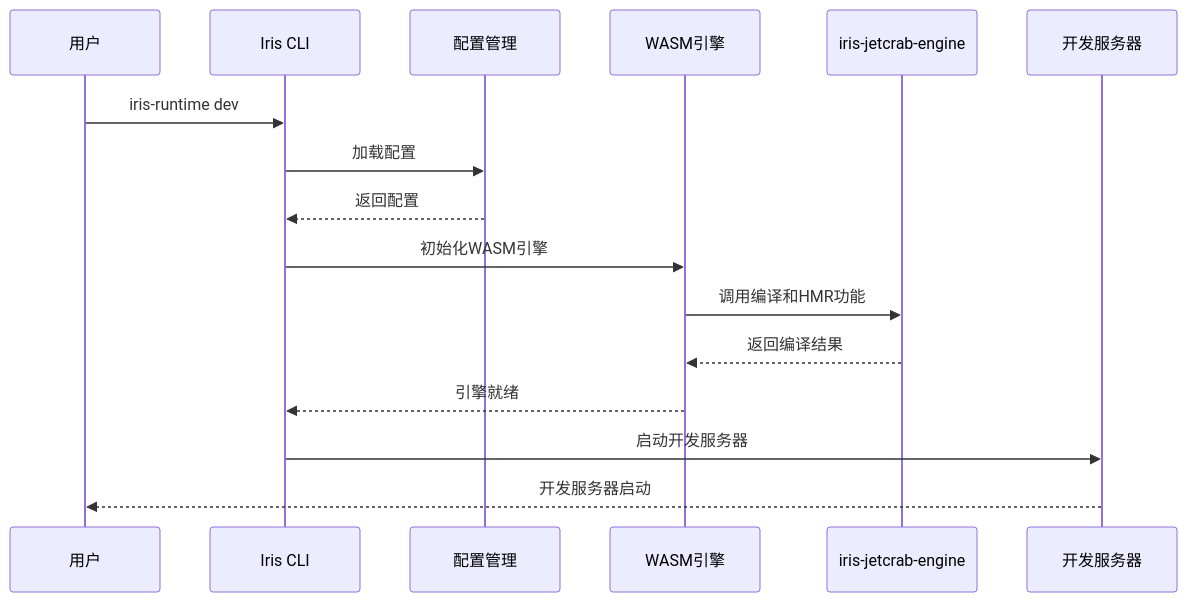
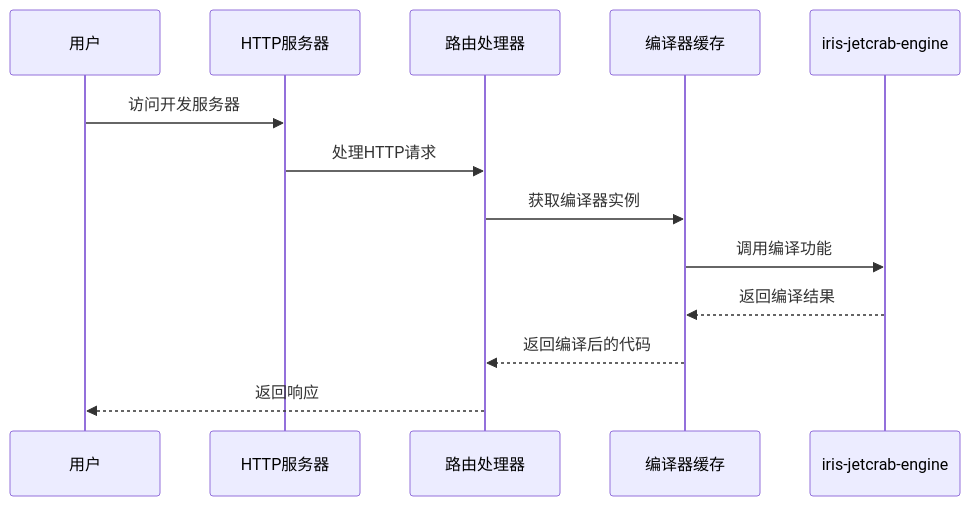
The fourth of 12 diagrams in .qoder/repowiki/zh/content/核心功能特性/工程化与商业化能力/测试框架与基础设施/Iris Runtime CLI工具.md (itszzl-sudo/iris), drawn with Mermaid before and after one commit. The commit also changed other lines of this file and 23 other files, not shown here.

````diff
--- a/.qoder/repowiki/zh/content/核心功能特性/工程化与商业化能力/测试框架与基础设施/Iris Runtime CLI工具.md
+++ b/.qoder/repowiki/zh/content/核心功能特性/工程化与商业化能力/测试框架与基础设施/Iris Runtime CLI工具.md
@@ -230,18 +169,15 @@
 ```mermaid
 sequenceDiagram
 participant User as 用户
-participant CLI as Iris CLI
-participant Config as 配置管理
-participant WASMEngine as WASM引擎
-participant JetCrabEngine as iris-jetcrab-engine
-participant DevServer as 开发服务器
-User->>CLI : iris-runtime dev
-CLI->>Config : 加载配置
-Config-->>CLI : 返回配置
-CLI->>WASMEngine : 初始化WASM引擎
-WASMEngine->>JetCrabEngine : 调用编译和HMR功能
-JetCrabEngine-->>WASMEngine : 返回编译结果
-WASMEngine-->>CLI : 引擎就绪
-CLI->>DevServer : 启动开发服务器
-DevServer-->>User : 开发服务器启动
+participant HTTPServer as HTTP服务器
+participant Router as 路由处理器
+participant CompilerCache as 编译器缓存
+participant Engine as iris-jetcrab-engine
+User->>HTTPServer : 访问开发服务器
+HTTPServer->>Router : 处理HTTP请求
+Router->>CompilerCache : 获取编译器实例
+CompilerCache->>Engine : 调用编译功能
+Engine-->>CompilerCache : 返回编译结果
+CompilerCache-->>Router : 返回编译后的代码
+Router-->>User : 返回响应
 ```
````
